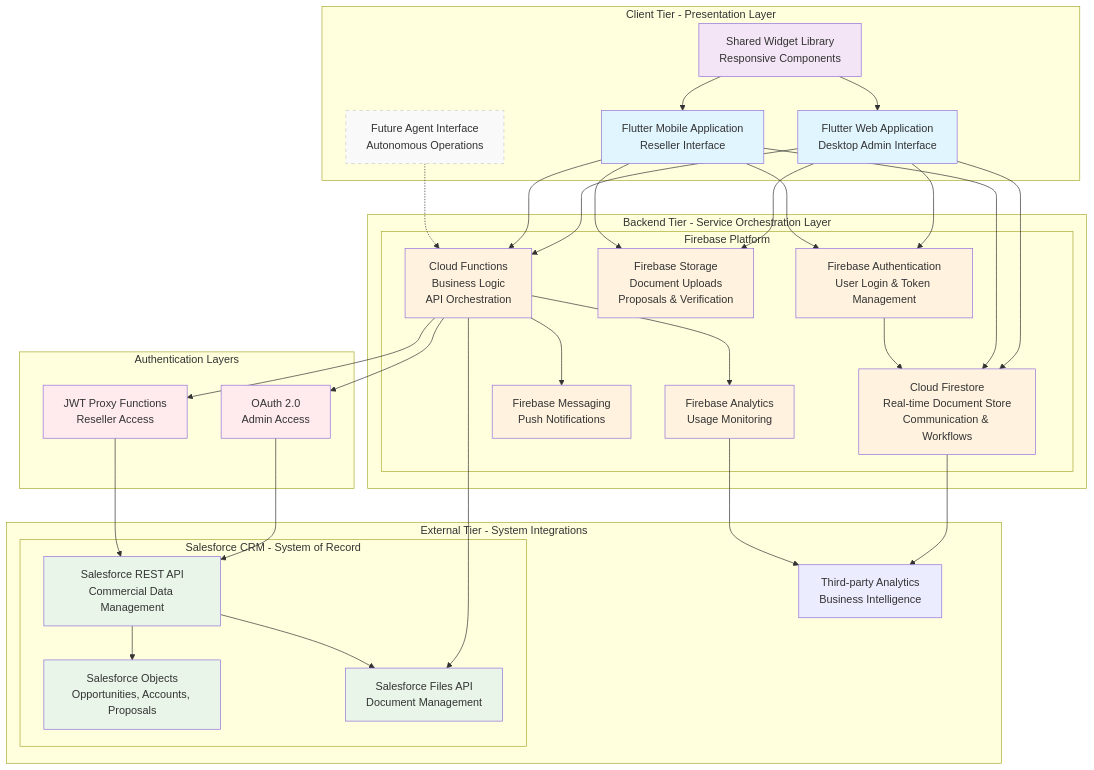
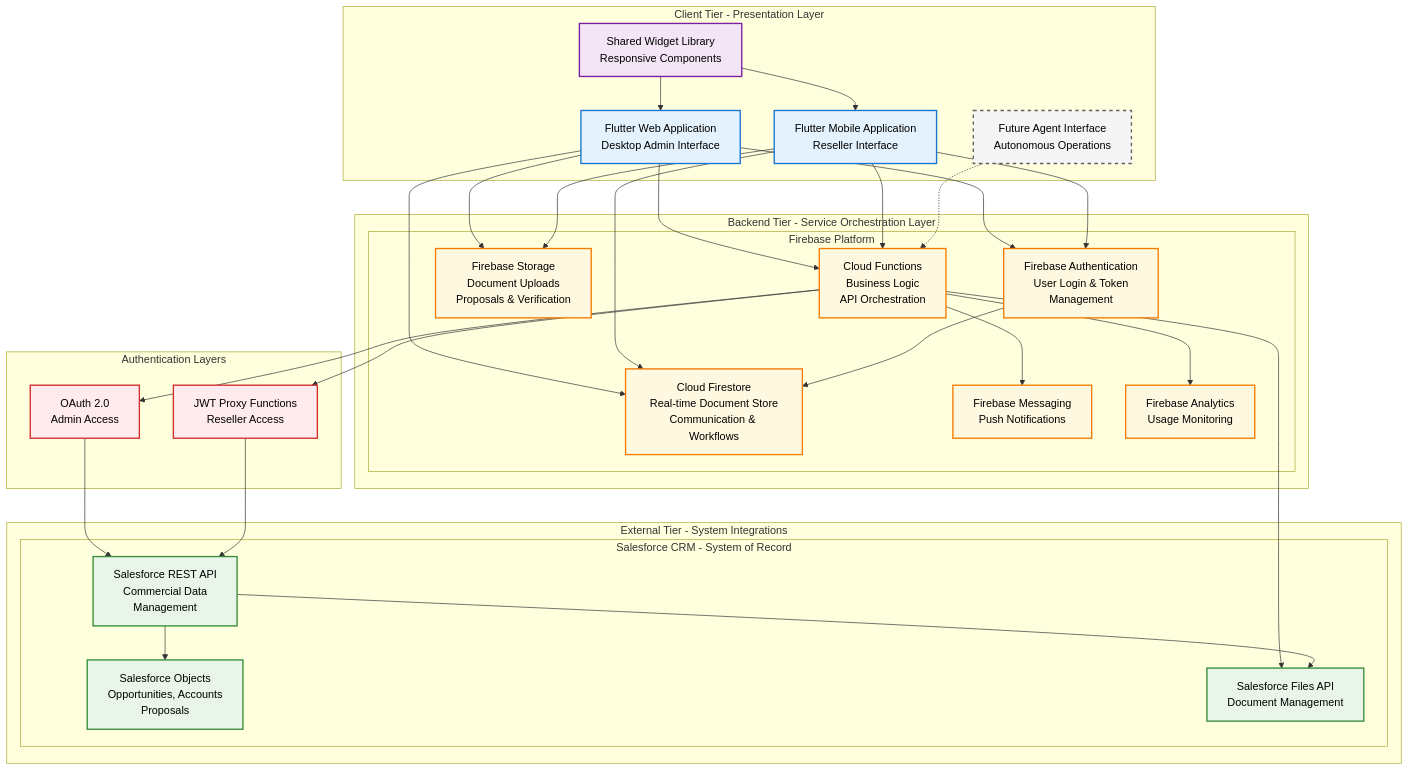
One commit to rodrigocastrolima/twogetherapp changed the diagram in docs/twogether_architecture_diagram.md. Above: the diagram before and after it, drawn with Mermaid.

Commit message:
diagram fix

````diff
--- a/docs/twogether_architecture_diagram.md
+++ b/docs/twogether_architecture_diagram.md
@@ -5,36 +5,34 @@
 ```mermaid
 graph TB
-    subgraph "Client Tier - Presentation Layer"
-        A[Flutter Web Application<br/>Desktop Admin Interface]
-        B[Flutter Mobile Application<br/>Reseller Interface]
-        C[Shared Widget Library<br/>Responsive Components]
-        D[Future Agent Interface<br/>Autonomous Operations]
+    subgraph Client["Client Tier - Presentation Layer"]
+        A["Flutter Web Application<br/>Desktop Admin Interface"]
+        B["Flutter Mobile Application<br/>Reseller Interface"]
+        C["Shared Widget Library<br/>Responsive Components"]
+        D["Future Agent Interface<br/>Autonomous Operations"]
     end
     
-    subgraph "Backend Tier - Service Orchestration Layer"
-        subgraph "Firebase Platform"
-            E[Firebase Authentication<br/>User Login & Token Management]
-            F[Cloud Firestore<br/>Real-time Document Store<br/>Communication & Workflows]
-            G[Firebase Storage<br/>Document Uploads<br/>Proposals & Verification]
-            H[Cloud Functions<br/>Business Logic<br/>API Orchestration]
-            I[Firebase Messaging<br/>Push Notifications]
-            J[Firebase Analytics<br/>Usage Monitoring]
+    subgraph Backend["Backend Tier - Service Orchestration Layer"]
+        subgraph Firebase["Firebase Platform"]
+            E["Firebase Authentication<br/>User Login & Token<br/>Management"]
+            F["Cloud Firestore<br/>Real-time Document Store<br/>Communication & Workflows"]
+            G["Firebase Storage<br/>Document Uploads<br/>Proposals & Verification"]
+            H["Cloud Functions<br/>Business Logic<br/>API Orchestration"]
+            I["Firebase Messaging<br/>Push Notifications"]
+            J["Firebase Analytics<br/>Usage Monitoring"]
         end
     end
     
-    subgraph "External Tier - System Integrations"
-        subgraph "Salesforce CRM - System of Record"
-            K[Salesforce REST API<br/>Commercial Data Management]
-            L[Salesforce Objects<br/>Opportunities, Accounts, Proposals]
-            M[Salesforce Files API<br/>Document Management]
+    subgraph External["External Tier - System Integrations"]
+        subgraph Salesforce["Salesforce CRM - System of Record"]
+            K["Salesforce REST API<br/>Commercial Data<br/>Management"]
+            L["Salesforce Objects<br/>Opportunities, Accounts<br/>Proposals"]
+            M["Salesforce Files API<br/>Document Management"]
         end
-        
-        N[Third-party Analytics<br/>Business Intelligence]
     end
     
-    subgraph "Authentication Layers"
-        P[OAuth 2.0<br/>Admin Access]
-        Q[JWT Proxy Functions<br/>Reseller Access]
+    subgraph Auth["Authentication Layers"]
+        P["OAuth 2.0<br/>Admin Access"]
+        Q["JWT Proxy Functions<br/>Reseller Access"]
     end
     
     %% Client to Backend Connections
@@ -61,34 +59,25 @@
     P --> K
     Q --> K
     H --> M
-    %% Salesforce Internal
+    
+    %% Salesforce Internal Connections
     K --> L
     K --> M
     
-    %% Analytics Flow
-    F --> N
-    J --> N
-    
-    %% Styling
-    style A fill:#e1f5fe
-    style B fill:#e1f5fe
-    style C fill:#f3e5f5
-    style D fill:#f9f9f9,stroke:#ccc,stroke-dasharray: 5 5
-    style E fill:#fff3e0
-    style F fill:#fff3e0
-    style G fill:#fff3e0
-    style H fill:#fff3e0
-    style I fill:#fff3e0
-    style J fill:#fff3e0
-    style K fill:#e8f5e8
-    style L fill:#e8f5e8
-    style M fill:#e8f5e8
-    style P fill:#ffebee
-    style Q fill:#ffebee
-    
-    classDef clientTier fill:#e1f5fe,stroke:#01579b,stroke-width:2px
-    classDef backendTier fill:#fff3e0,stroke:#e65100,stroke-width:2px
-    classDef externalTier fill:#e8f5e8,stroke:#2e7d32,stroke-width:2px
-    classDef authLayer fill:#ffebee,stroke:#c62828,stroke-width:2px
-    classDef future fill:#f9f9f9,stroke:#757575,stroke-width:2px,stroke-dasharray: 5 5
+    %% Professional Styling for Thesis
+    style A fill:#e3f2fd,stroke:#1976d2,stroke-width:2px,color:#000
+    style B fill:#e3f2fd,stroke:#1976d2,stroke-width:2px,color:#000
+    style C fill:#f3e5f5,stroke:#7b1fa2,stroke-width:2px,color:#000
+    style D fill:#f5f5f5,stroke:#616161,stroke-width:2px,stroke-dasharray:5 5,color:#000
+    style E fill:#fff8e1,stroke:#f57c00,stroke-width:2px,color:#000
+    style F fill:#fff8e1,stroke:#f57c00,stroke-width:2px,color:#000
+    style G fill:#fff8e1,stroke:#f57c00,stroke-width:2px,color:#000
+    style H fill:#fff8e1,stroke:#f57c00,stroke-width:2px,color:#000
+    style I fill:#fff8e1,stroke:#f57c00,stroke-width:2px,color:#000
+    style J fill:#fff8e1,stroke:#f57c00,stroke-width:2px,color:#000
+    style K fill:#e8f5e8,stroke:#388e3c,stroke-width:2px,color:#000
+    style L fill:#e8f5e8,stroke:#388e3c,stroke-width:2px,color:#000
+    style M fill:#e8f5e8,stroke:#388e3c,stroke-width:2px,color:#000
+    style P fill:#ffebee,stroke:#d32f2f,stroke-width:2px,color:#000
+    style Q fill:#ffebee,stroke:#d32f2f,stroke-width:2px,color:#000
 ```
````
